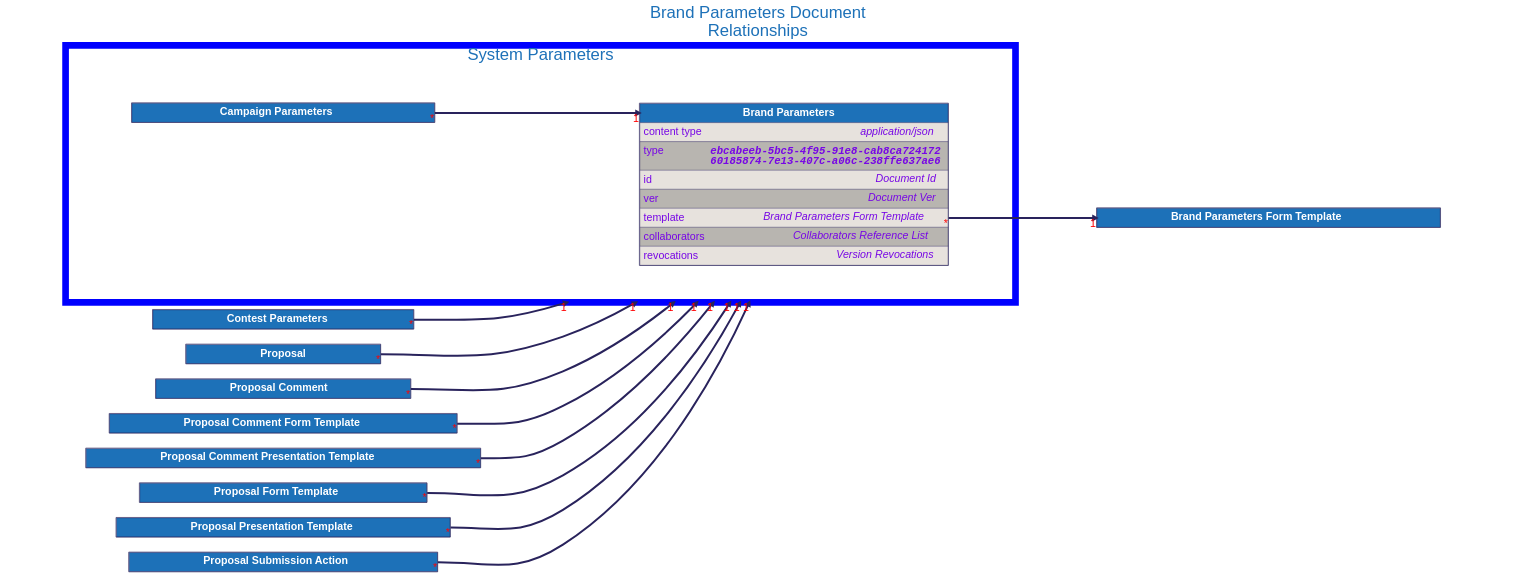
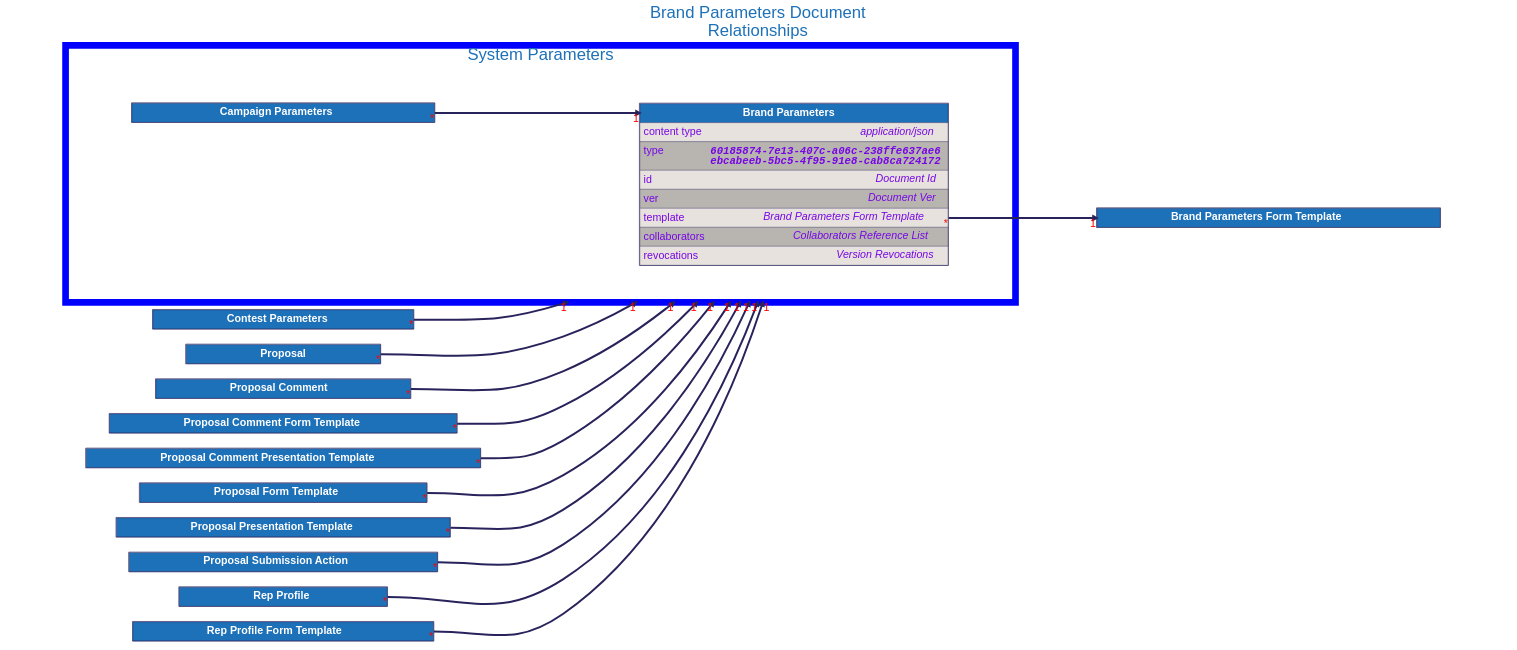
Before and after one commit to input-output-hk/catalyst-libs: the diagram in docs/src/architecture/08_concepts/signed_doc/diagrams/brand_parameters.dot, drawn with Graphviz. The commit also changed 44 other files, not shown here.

```diff
--- a/docs/src/architecture/08_concepts/signed_doc/diagrams/brand_parameters.dot
+++ b/docs/src/architecture/08_concepts/signed_doc/diagrams/brand_parameters.dot
@@ -148,6 +148,36 @@
     ];
 
 
+    "Rep Profile" [
+        id="Rep Profile";
+        label=<
+            <TABLE BORDER="2" COLOR="#29235c" CELLBORDER="1" CELLSPACING="0" CELLPADDING="10">
+            <TR>
+                <TD PORT="title" BGCOLOR="#1d71b8" HREF="../rep_profile/">
+                    <FONT COLOR="#ffffff"><B> Rep Profile </B></FONT>
+                </TD>
+            </TR>
+
+            </TABLE>
+        >
+    ];
+
+
+    "Rep Profile Form Template" [
+        id="Rep Profile Form Template";
+        label=<
+            <TABLE BORDER="2" COLOR="#29235c" CELLBORDER="1" CELLSPACING="0" CELLPADDING="10">
+            <TR>
+                <TD PORT="title" BGCOLOR="#1d71b8" HREF="../rep_profile_form_template/">
+                    <FONT COLOR="#ffffff"><B> Rep Profile Form Template </B></FONT>
+                </TD>
+            </TR>
+
+            </TABLE>
+        >
+    ];
+
+
     subgraph cluster_system_parameters {
         label = "System Parameters";
         color=blue
@@ -177,7 +207,7 @@
                         <TABLE CELLPADDING="0" CELLSPACING="0" BORDER="0">
                             <TR>
                                 <TD ALIGN="LEFT" VALIGN="TOP" WIDTH="200"><FONT COLOR="#7706E5">type</FONT></TD>
-                                <TD ALIGN="RIGHT"><FONT FACE="Courier" COLOR="#7706E5"><B><I>ebcabeeb-5bc5-4f95-91e8-cab8ca724172<BR />60185874-7e13-407c-a06c-238ffe637ae6</I></B></FONT></TD>
+                                <TD ALIGN="RIGHT"><FONT FACE="Courier" COLOR="#7706E5"><B><I>60185874-7e13-407c-a06c-238ffe637ae6<BR />ebcabeeb-5bc5-4f95-91e8-cab8ca724172</I></B></FONT></TD>
                             </TR>
                         </TABLE>
                     </TD>
@@ -264,4 +294,6 @@
     "Proposal Form Template":"title":e -> "Brand Parameters" [dir=forward, penwidth=6, color="#29235c", headlabel="1", taillabel="*", lhead="cluster_system_parameters"]
     "Proposal Presentation Template":"title":e -> "Brand Parameters" [dir=forward, penwidth=6, color="#29235c", headlabel="1", taillabel="*", lhead="cluster_system_parameters"]
     "Proposal Submission Action":"title":e -> "Brand Parameters" [dir=forward, penwidth=6, color="#29235c", headlabel="1", taillabel="*", lhead="cluster_system_parameters"]
+    "Rep Profile":"title":e -> "Brand Parameters" [dir=forward, penwidth=6, color="#29235c", headlabel="1", taillabel="*", lhead="cluster_system_parameters"]
+    "Rep Profile Form Template":"title":e -> "Brand Parameters" [dir=forward, penwidth=6, color="#29235c", headlabel="1", taillabel="*", lhead="cluster_system_parameters"]
 }
```
